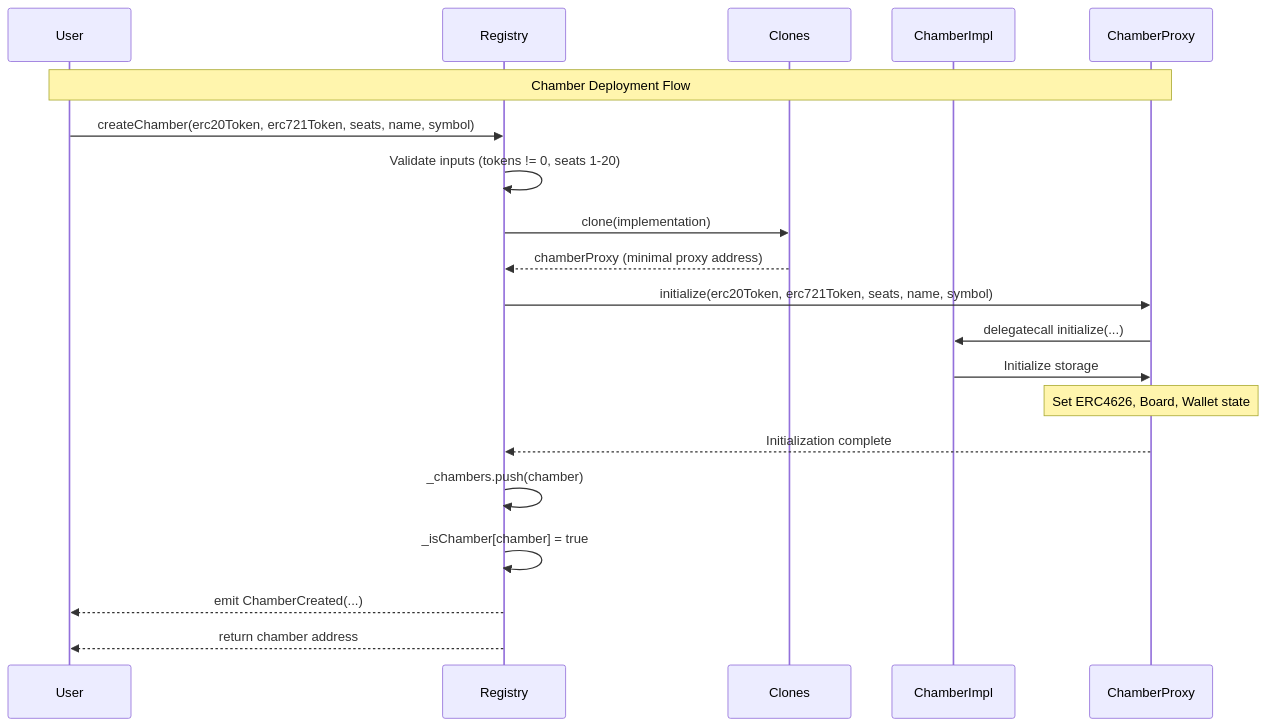
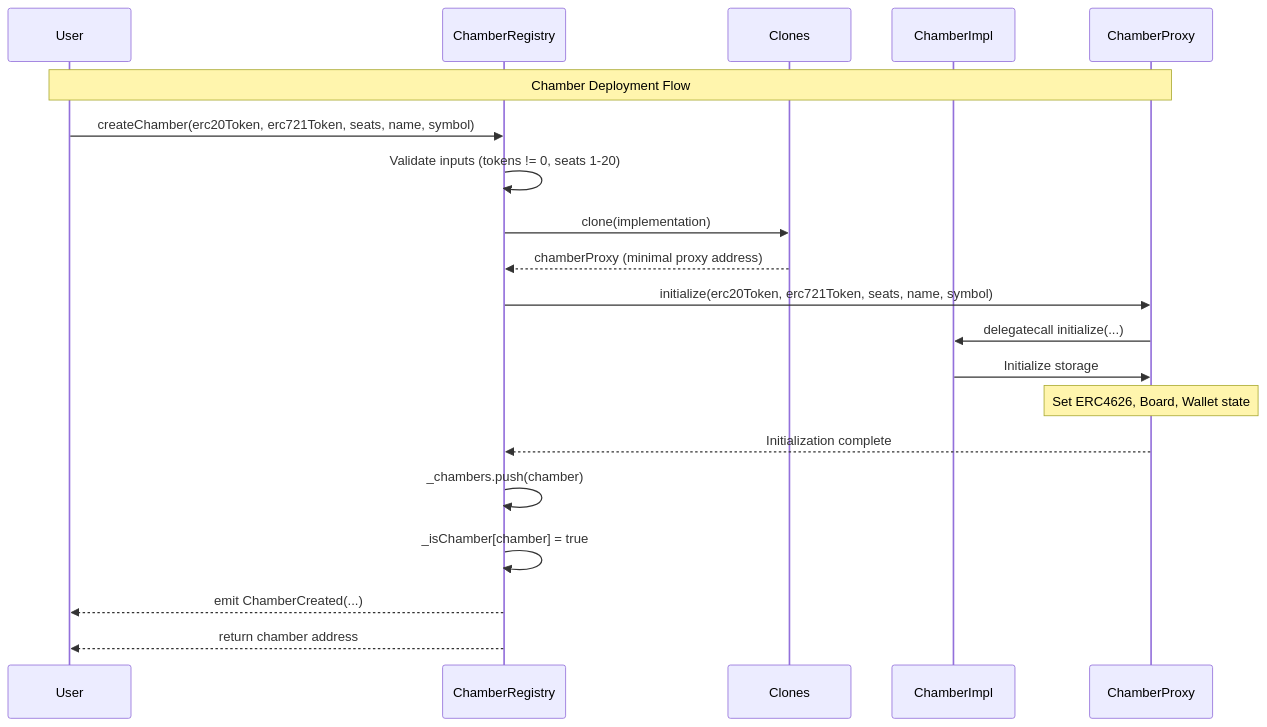
One commit to loreum-org/chamber changed the fourth of 11 diagrams in docs/reference/sequence-diagrams.md. Above: the diagram before and after it, drawn with Mermaid. The commit also changed 58 other files, not shown here.

````diff
--- a/docs/reference/sequence-diagrams.md
+++ b/docs/reference/sequence-diagrams.md
@@ -237,31 +237,31 @@
 ```mermaid
 sequenceDiagram
     participant User
-    participant Registry
+    participant ChamberRegistry
     participant Clones
     participant ChamberImpl
     participant ChamberProxy
 
     Note over User,ChamberProxy: Chamber Deployment Flow
 
-    User->>Registry: createChamber(erc20Token, erc721Token, seats, name, symbol)
+    User->>ChamberRegistry: createChamber(erc20Token, erc721Token, seats, name, symbol)
     
-    Registry->>Registry: Validate inputs (tokens != 0, seats 1-20)
+    ChamberRegistry->>ChamberRegistry: Validate inputs (tokens != 0, seats 1-20)
     
-    Registry->>Clones: clone(implementation)
-    Clones-->>Registry: chamberProxy (minimal proxy address)
+    ChamberRegistry->>Clones: clone(implementation)
+    Clones-->>ChamberRegistry: chamberProxy (minimal proxy address)
     
-    Registry->>ChamberProxy: initialize(erc20Token, erc721Token, seats, name, symbol)
+    ChamberRegistry->>ChamberProxy: initialize(erc20Token, erc721Token, seats, name, symbol)
     
     ChamberProxy->>ChamberImpl: delegatecall initialize(...)
     ChamberImpl->>ChamberProxy: Initialize storage
     Note over ChamberProxy: Set ERC4626, Board, Wallet state
     
-    ChamberProxy-->>Registry: Initialization complete
+    ChamberProxy-->>ChamberRegistry: Initialization complete
     
-    Registry->>Registry: _chambers.push(chamber)
-    Registry->>Registry: _isChamber[chamber] = true
+    ChamberRegistry->>ChamberRegistry: _chambers.push(chamber)
+    ChamberRegistry->>ChamberRegistry: _isChamber[chamber] = true
     
-    Registry-->>User: emit ChamberCreated(...)
-    Registry-->>User: return chamber address
+    ChamberRegistry-->>User: emit ChamberCreated(...)
+    ChamberRegistry-->>User: return chamber address
 ```
````
